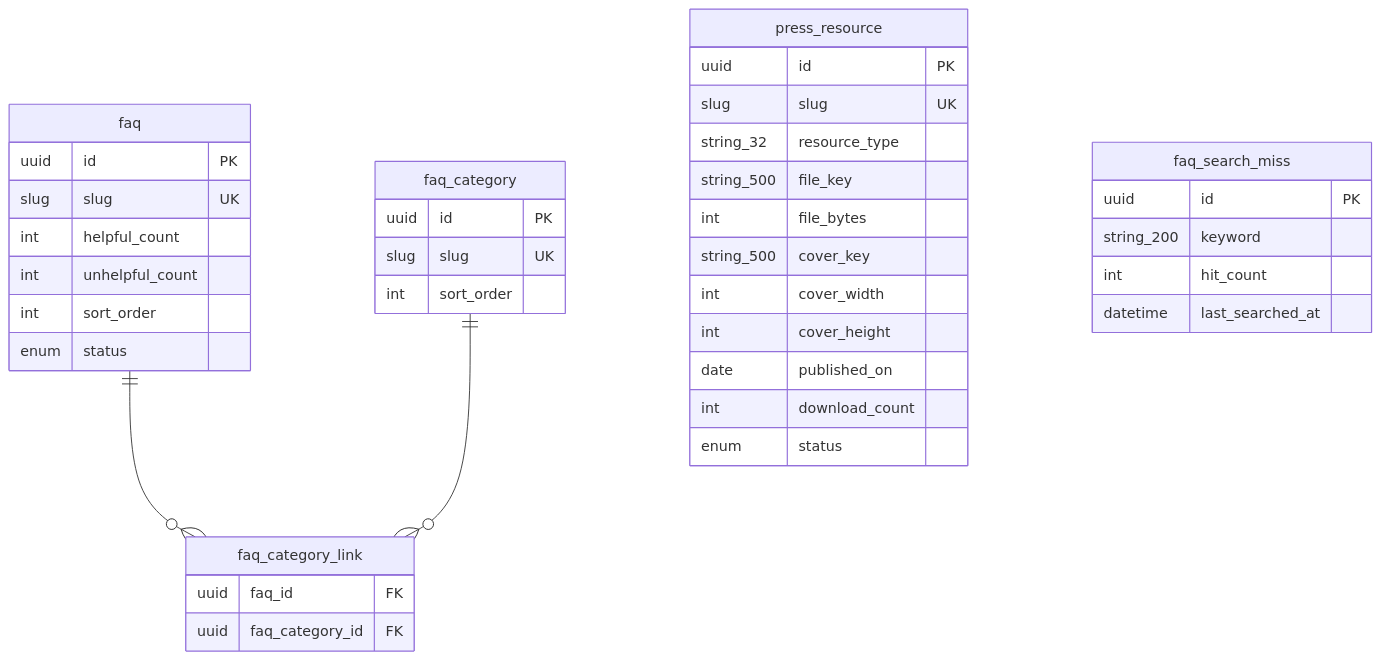
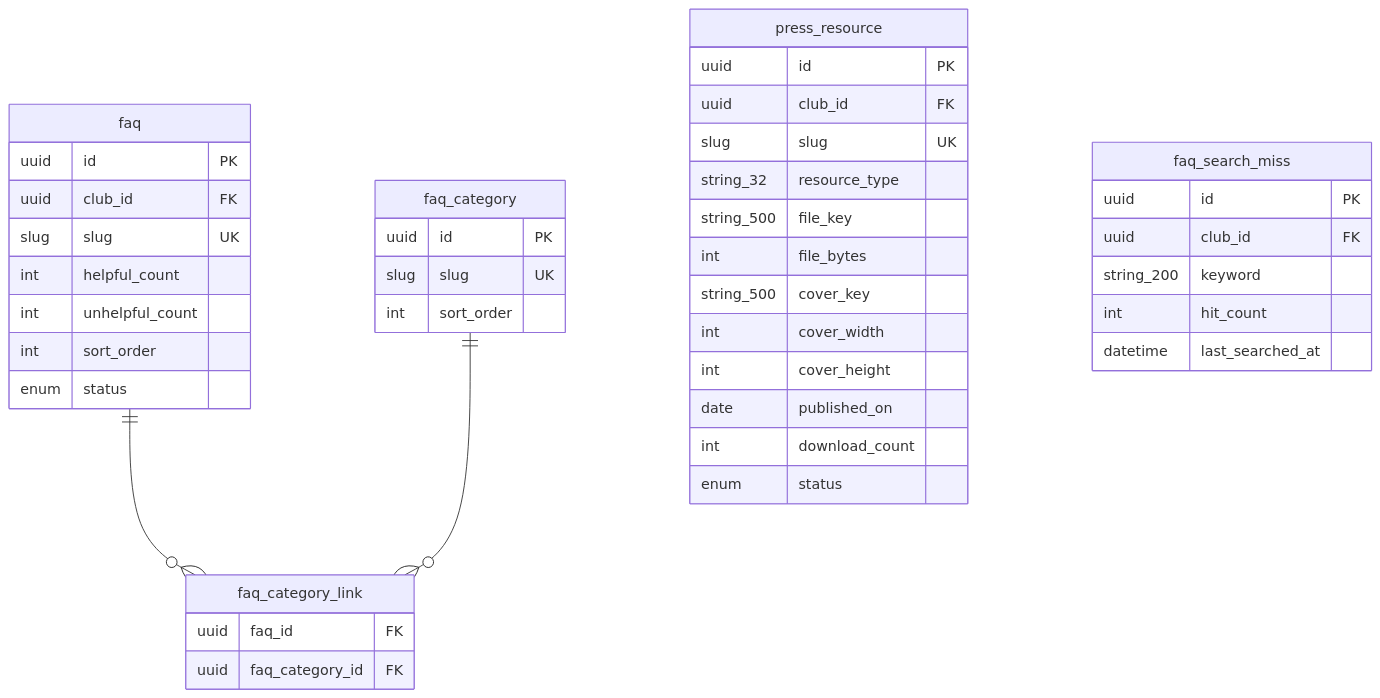
One commit to waiting0201/tcrfc changed the second of 15 diagrams in docs/12a-database-erd.md. Above: the diagram before and after it, drawn with Mermaid. The commit also changed other lines of this file and 4 other files, not shown here.

First line of the commit message:
feat: docs/12a ERD 完成 v3.0 同步，13 項落差結案（B-2 收尾）

````diff
--- a/docs/12a-database-erd.md
+++ b/docs/12a-database-erd.md
@@ -106,41 +112,44 @@
 ```mermaid
 erDiagram
   faq ||--o{ faq_category_link : ""
   faq_category ||--o{ faq_category_link : ""
   press_resource {
     uuid id PK
+    uuid club_id FK
     slug slug UK
     string_32 resource_type
     string_500 file_key
     int file_bytes
     string_500 cover_key
     int cover_width
     int cover_height
     date published_on
     int download_count
     enum status
   }
   faq {
     uuid id PK
+    uuid club_id FK
     slug slug UK
     int helpful_count
     int unhelpful_count
     int sort_order
     enum status
   }
   faq_category {
     uuid id PK
     slug slug UK
     int sort_order
   }
   faq_category_link {
     uuid faq_id FK
     uuid faq_category_id FK
   }
   faq_search_miss {
     uuid id PK
+    uuid club_id FK
     string_200 keyword
     int hit_count
     datetime last_searched_at
   }
 ```
````
